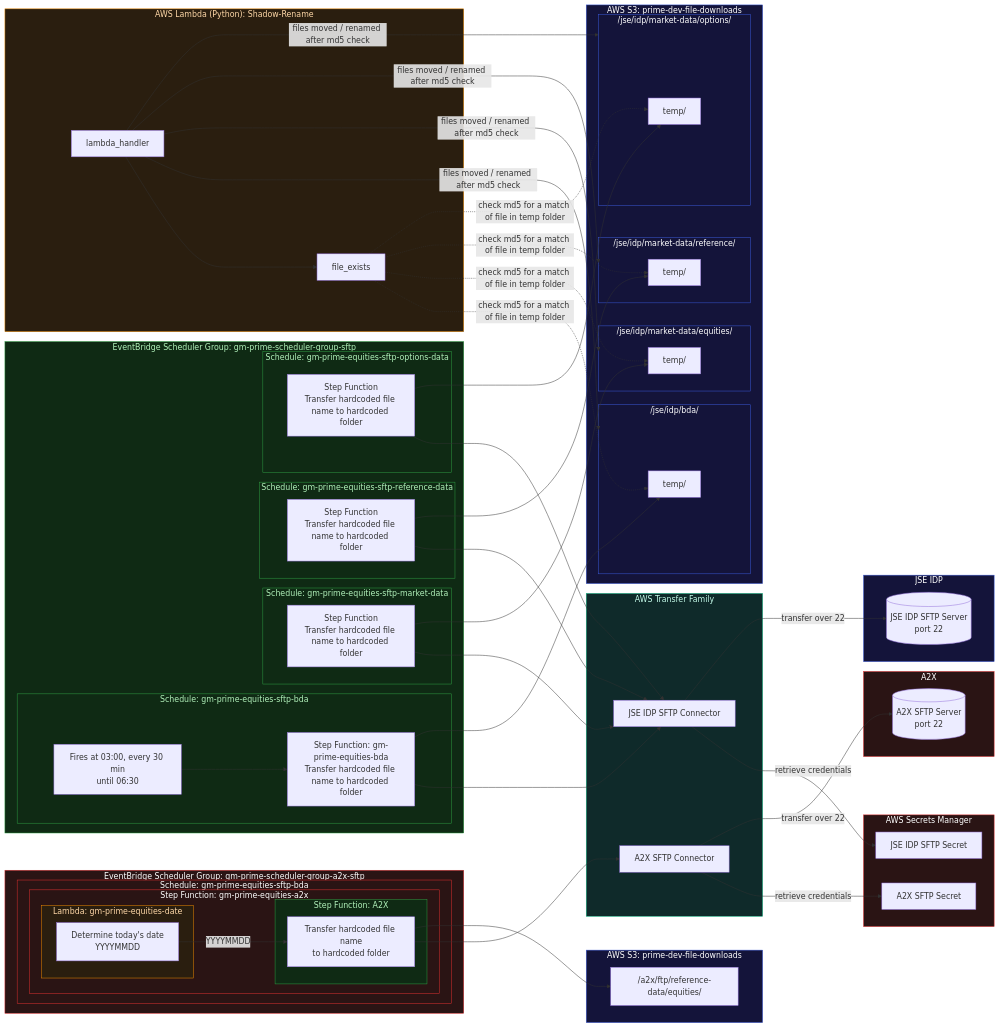
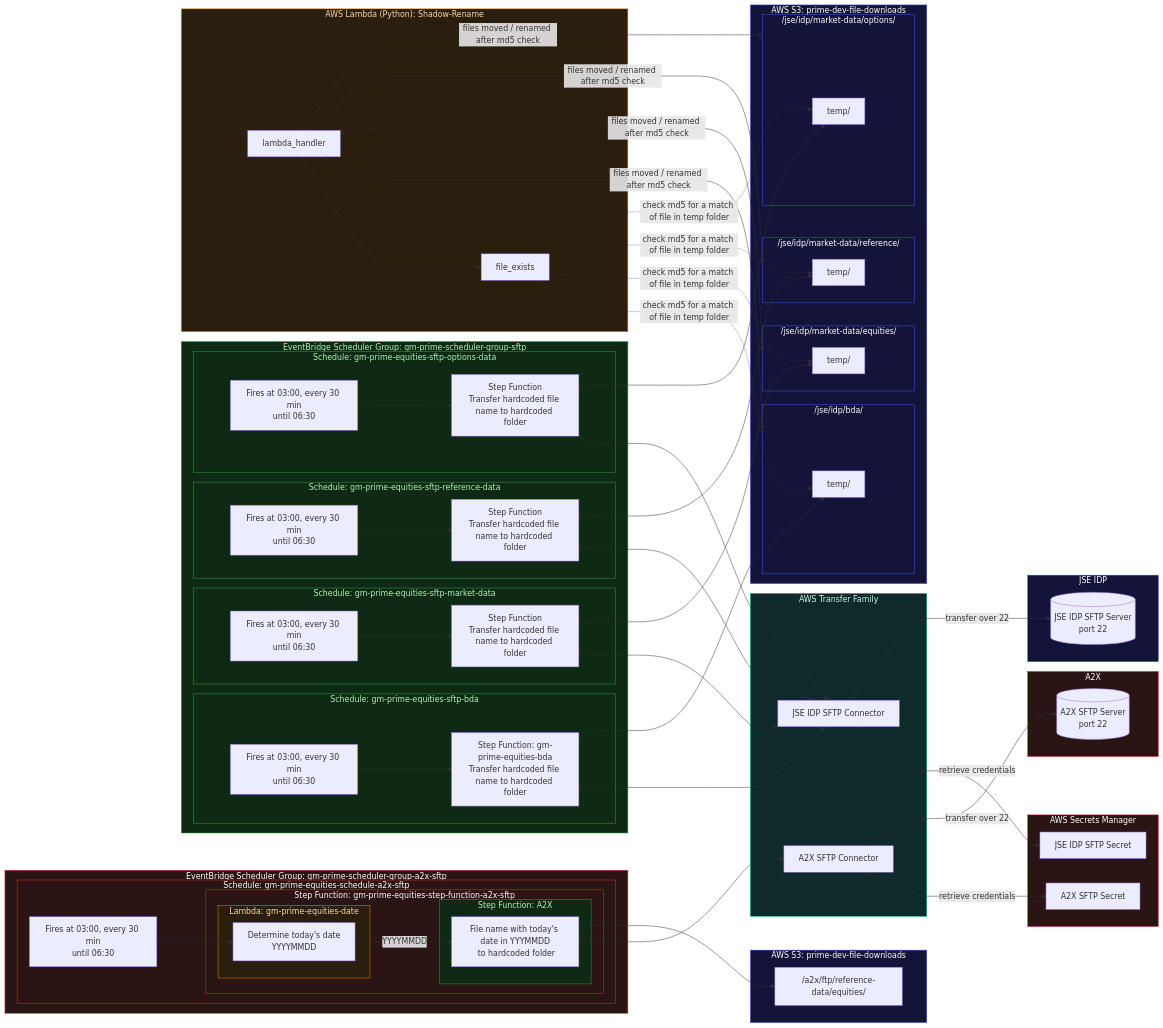
Before and after one commit to neolace/reimagined-robot: the diagram in README.md, drawn with Mermaid. The commit also changed other lines of this file and 28 other files, not shown here.

```diff
--- a/README.md
+++ b/README.md
@@ -67,16 +67,18 @@
 
     %% ---------- A2X scheduler ----------
     subgraph SG_A2X["EventBridge Scheduler Group: gm-prime-scheduler-group-a2x-sftp"]
-        subgraph SCH_A2X["Schedule: gm-prime-equities-sftp-bda"]
-            subgraph SF_A2X_OUTER["Step Function: gm-prime-equities-a2x"]
+        subgraph SCH_A2X["Schedule: gm-prime-equities-schedule-a2x-sftp"]
+            CRON_A2X["Fires at 03:00, every 30 min<br/>until 06:30"]
+            subgraph SF_A2X_OUTER["Step Function: gm-prime-equities-step-function-a2x-sftp"]
                 subgraph L_DATE["Lambda: gm-prime-equities-date"]
                     DATE["Determine today's date<br/>YYYYMMDD"]
                 end
                 subgraph SF_A2X["Step Function: A2X"]
-                    A2X_XFER["Transfer hardcoded file name<br/>to hardcoded folder"]
+                    A2X_XFER["File name with today's date in YYYMMDD<br/> to hardcoded folder"]
                 end
                 DATE -- "YYYYMMDD" --> A2X_XFER
             end
+            CRON_A2X --> DATE
         end
     end
 
@@ -88,13 +90,19 @@
             CRON_BDA --> SF_BDA
         end
         subgraph SCH_MKT["Schedule: gm-prime-equities-sftp-market-data"]
+            CRON_MKT["Fires at 03:00, every 30 min<br/>until 06:30"]
             SF_MKT["Step Function<br/>Transfer hardcoded file name to hardcoded folder"]
+            CRON_MKT --> SF_MKT
         end
         subgraph SCH_REF["Schedule: gm-prime-equities-sftp-reference-data"]
+            CRON_REF["Fires at 03:00, every 30 min<br/>until 06:30"]
             SF_REF["Step Function<br/>Transfer hardcoded file name to hardcoded folder"]
+            CRON_REF --> SF_REF
         end
         subgraph SCH_OPT["Schedule: gm-prime-equities-sftp-options-data"]
+            CRON_OPT["Fires at 03:00, every 30 min<br/>until 06:30"]
             SF_OPT["Step Function<br/>Transfer hardcoded file name to hardcoded folder"]
+            CRON_OPT --> SF_OPT
         end
     end
 
```
